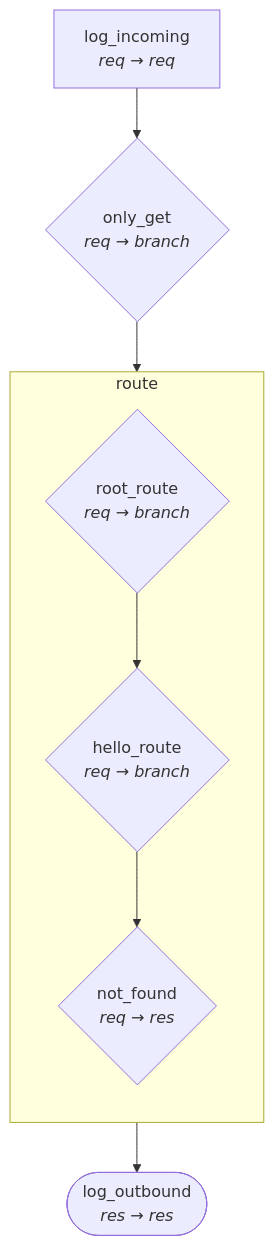
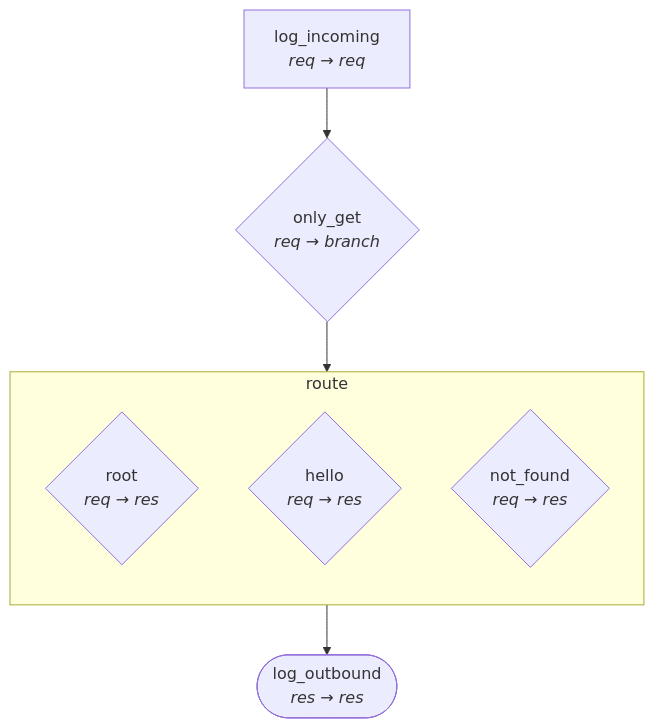
The diagram in examples/http/map.md (ValeriaVG/jigs), drawn with Mermaid before and after one commit. The commit also changed 29 other files, not shown here.

````diff
--- a/examples/http/map.md
+++ b/examples/http/map.md
@@ -3,20 +3,21 @@
 ```mermaid
 flowchart TD
   log_incoming["log_incoming<br/><i>req → req</i>"]
   only_get{"only_get<br/><i>req → branch</i>"}
-  root_route{"root_route<br/><i>req → branch</i>"}
-  hello_route{"hello_route<br/><i>req → branch</i>"}
+  root{"root<br/><i>req → res</i>"}
+  hello{"hello<br/><i>req → res</i>"}
   not_found{"not_found<br/><i>req → res</i>"}
   log_outbound(["log_outbound<br/><i>res → res</i>"])
 
 log_incoming --> only_get
-only_get --> root_route
-not_found --> log_outbound
+only_get --> route
+route --> log_outbound
   subgraph route ["route"]
     direction TB
-    root_route --> hello_route
-    hello_route --> not_found
+    root
+    hello
+    not_found
   end
 
   %% shape legend: rect = Request → Request, rhombus = switching (Request → Response/Branch), stadium = Response → Response
 ```
````
